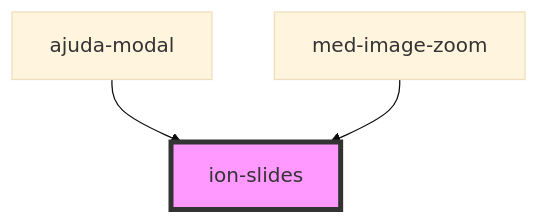
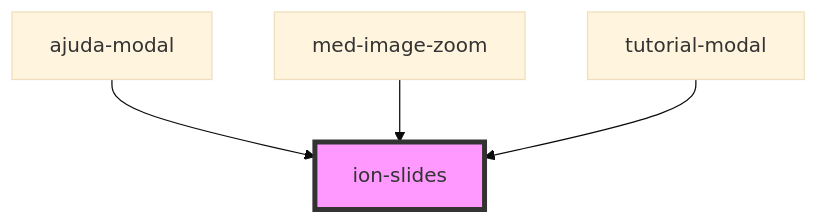
One commit to MEDGRUPOGIT/ionic-framework-1 changed the diagram in core/src/components/slides/readme.md. Above: the diagram before and after it, drawn with Mermaid (base theme). The commit also changed other lines of this file and 48 other files, not shown here.

````diff
--- a/core/src/components/slides/readme.md
+++ b/core/src/components/slides/readme.md
@@ -860,6 +861,7 @@
 ```mermaid
 graph TD;
   ajuda-modal --> ion-slides
   med-image-zoom --> ion-slides
+  tutorial-modal --> ion-slides
   style ion-slides fill:#f9f,stroke:#333,stroke-width:4px
 ```
````
